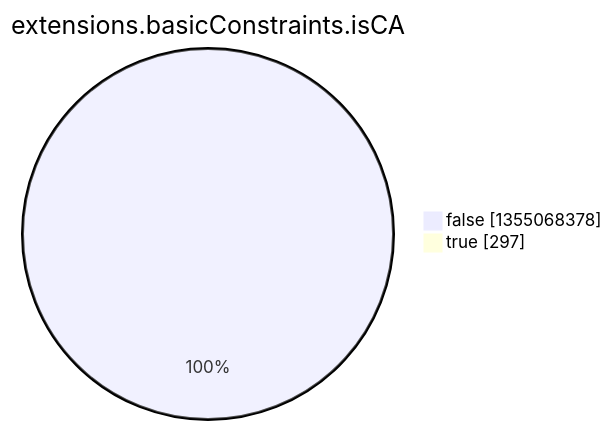
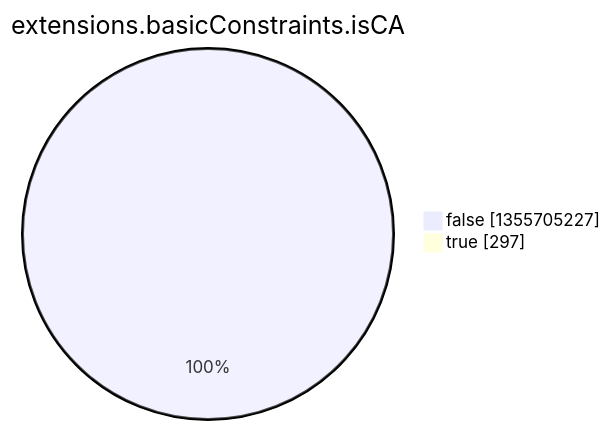
Before and after one commit to christiankrug/ctmonitor_visualization: the eighth of 15 diagrams in argon2022/README.md, drawn with Mermaid. The commit also changed other lines of this file, not shown here.

````diff
--- a/argon2022/README.md
+++ b/argon2022/README.md
@@ -2758,6 +2758,6 @@
 ```mermaid
 pie showData
 title extensions.basicConstraints.isCA
-"false" :1355068378
+"false" :1355705227
 "true" :297
 ```
````
